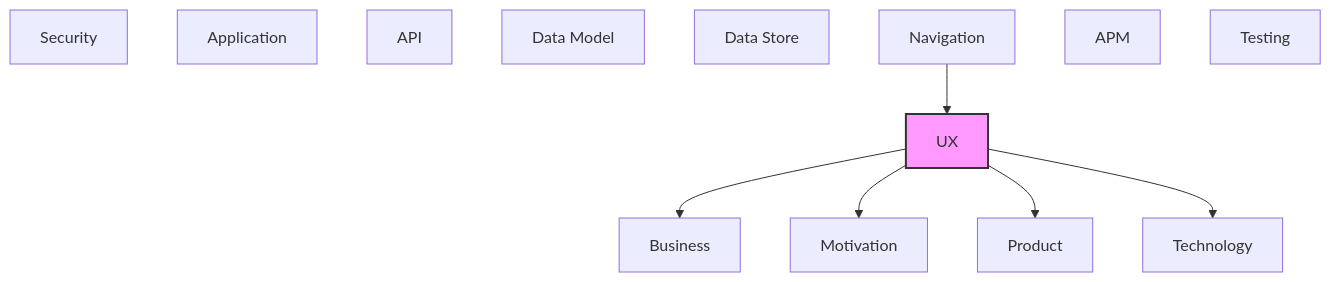
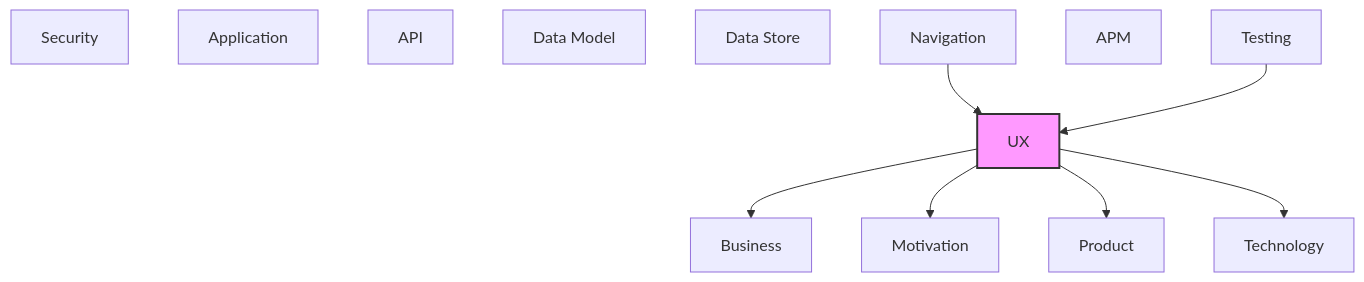
The second of 2 diagrams in documentation-robotics/reports/10-ux-layer-report.md (tinkermonkey/documentation_robotics_viewer), drawn with Mermaid before and after one commit. The commit also changed other lines of this file and 27 other files, not shown here.

First line of the commit message:
feat(topbar): type-ahead search over elements and Schema node types

````diff
--- a/documentation-robotics/reports/10-ux-layer-report.md
+++ b/documentation-robotics/reports/10-ux-layer-report.md
@@ -72,23 +74,24 @@
 ```mermaid
 flowchart TB
   classDef current fill:#f9f,stroke:#333,stroke-width:2px
   motivation["Motivation"]
   business["Business"]
   product["Product"]
   security["Security"]
   application["Application"]
   technology["Technology"]
   api["API"]
   data_model["Data Model"]
   data_store["Data Store"]
   ux["UX"]
   navigation["Navigation"]
   apm["APM"]
   testing["Testing"]
   navigation --> ux
+  testing --> ux
   ux --> business
   ux --> motivation
   ux --> product
   ux --> technology
   class ux current
 ```
````
